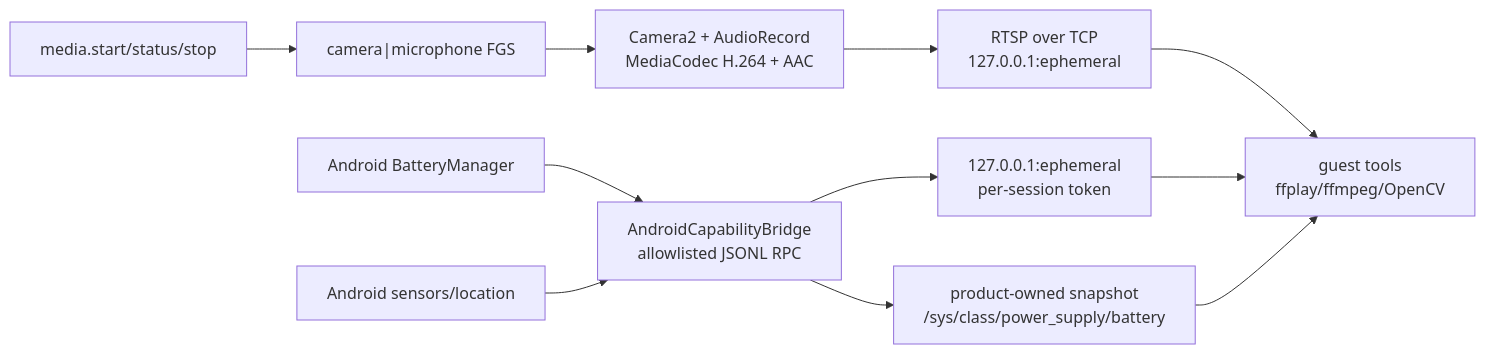
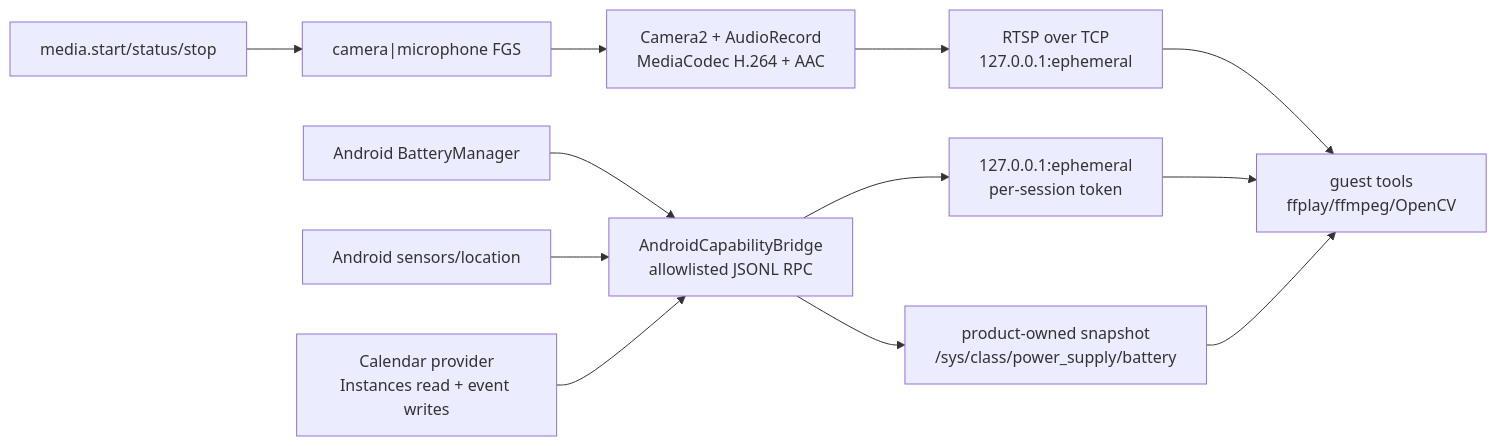
The sixth of 6 diagrams in docs/architecture.md (jahrulnr/NusaDesk), drawn with Mermaid before and after one commit. The commit also changed other lines of this file and 69 other files, not shown here.

````diff
--- a/docs/architecture.md
+++ b/docs/architecture.md
@@ -327,13 +327,14 @@
 ```mermaid
 flowchart LR
     Battery["Android BatteryManager"] --> Adapter["AndroidCapabilityBridge\nallowlisted JSONL RPC"]
     Sensors["Android sensors/location"] --> Adapter
+    Calendar["Calendar provider\nInstances read + event writes"] --> Adapter
     MediaControl["media.start/status/stop"] --> MediaService["camera|microphone FGS"]
     MediaService --> Capture["Camera2 + AudioRecord\nMediaCodec H.264 + AAC"]
     Capture --> RTSP["RTSP over TCP\n127.0.0.1:ephemeral"]
     Adapter --> Loopback["127.0.0.1:ephemeral\nper-session token"]
     RTSP --> Guest["guest tools\nffplay/ffmpeg/OpenCV"]
     Loopback --> Guest
     Adapter --> Sysfs["product-owned snapshot\n/sys/class/power_supply/battery"]
     Sysfs --> Guest
 ```
````
